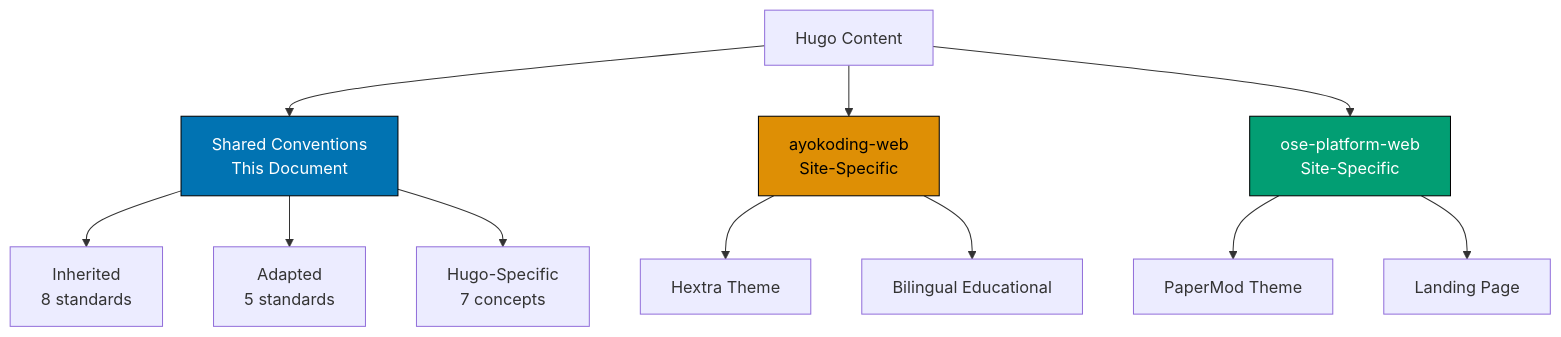
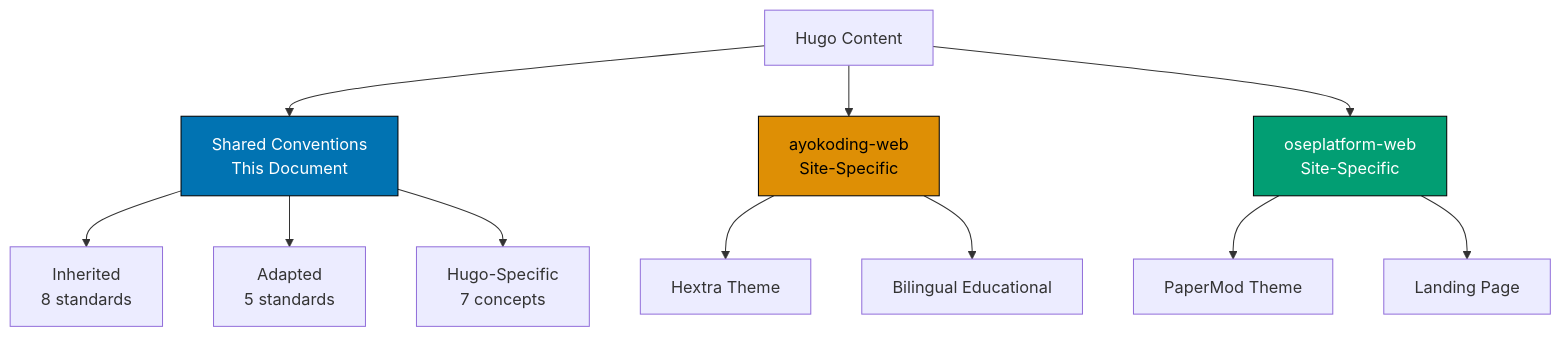
One commit to wahidyankf/open-sharia-enterprise changed the diagram in governance/conventions/hugo/shared.md. Above: the diagram before and after it, drawn with Mermaid. The commit also changed other lines of this file and 43 other files, not shown here.

First line of the commit message:
docs: update all ose-platform-web references to oseplatform-web

````diff
--- a/governance/conventions/hugo/shared.md
+++ b/governance/conventions/hugo/shared.md
@@ -68,22 +68,22 @@
 ```mermaid
 %% Color Palette: Blue #0173B2, Orange #DE8F05, Teal #029E73, Purple #CC78BC, Brown #CA9161
 %% All colors are color-blind friendly and meet WCAG AA contrast standards
 graph TD
     A[Hugo Content] --> B[Shared Conventions<br/>This Document]
     A --> C[ayokoding-web<br/>Site-Specific]
-    A --> D[ose-platform-web<br/>Site-Specific]
+    A --> D[oseplatform-web<br/>Site-Specific]
 
     B --> B1[Inherited<br/>8 standards]
     B --> B2[Adapted<br/>5 standards]
     B --> B3[Hugo-Specific<br/>7 concepts]
 
     C --> C1[Hextra Theme]
     C --> C2[Bilingual Educational]
 
     D --> D1[PaperMod Theme]
     D --> D2[Landing Page]
 
     style B fill:#0173B2,stroke:#000,color:#fff
     style C fill:#DE8F05,stroke:#000,color:#000
     style D fill:#029E73,stroke:#000,color:#fff
 ```
````
